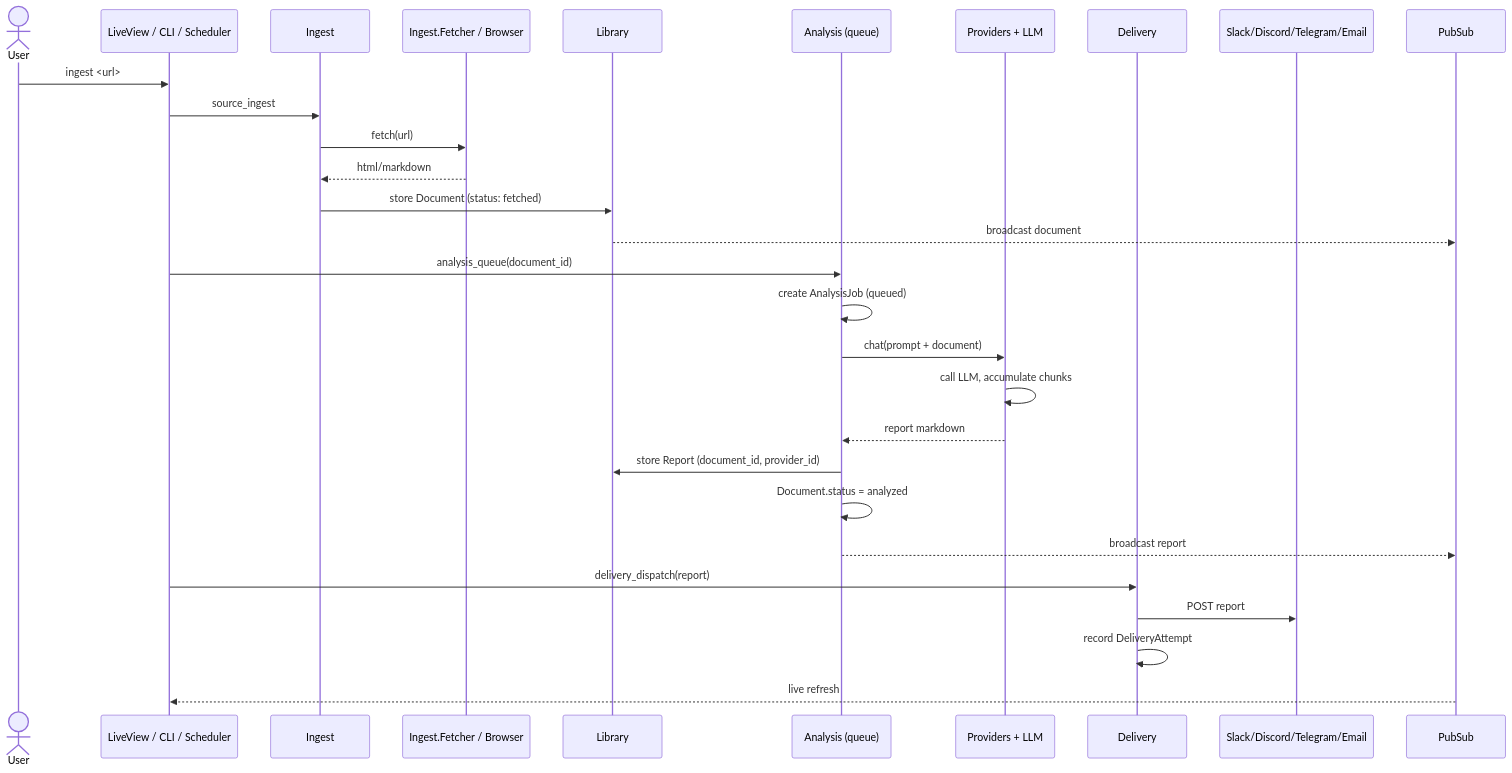
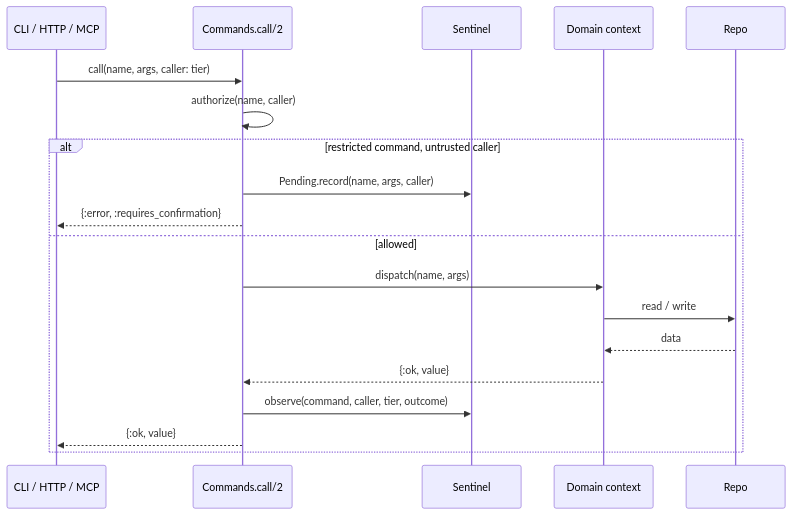
Before and after one commit to hightowerbuilds/buster-claw: the sixth of 8 diagrams in docs/UML.md, drawn with Mermaid. The commit also changed other lines of this file and 14 other files, not shown here.

````diff
--- a/docs/UML.md
+++ b/docs/UML.md
@@ -358,34 +317,22 @@
 ```mermaid
 sequenceDiagram
-    actor User
-    participant UI as LiveView / CLI / Scheduler
-    participant Ingest
-    participant Fetcher as Ingest.Fetcher / Browser
-    participant Library
-    participant Analysis as Analysis (queue)
-    participant Provider as Providers + LLM
-    participant Delivery
-    participant Dest as Slack/Discord/Telegram/Email
-    participant PubSub
+    participant Caller as CLI / HTTP / MCP
+    participant Commands as Commands.call/2
+    participant Sentinel
+    participant Context as Domain context
+    participant Repo
 
-    User->>UI: ingest <url>
-    UI->>Ingest: source_ingest
-    Ingest->>Fetcher: fetch(url)
-    Fetcher-->>Ingest: html/markdown
-    Ingest->>Library: store Document (status: fetched)
-    Library-->>PubSub: broadcast document
-
-    UI->>Analysis: analysis_queue(document_id)
-    Analysis->>Analysis: create AnalysisJob (queued)
-    Analysis->>Provider: chat(prompt + document)
-    Provider->>Provider: call LLM, accumulate chunks
-    Provider-->>Analysis: report markdown
-    Analysis->>Library: store Report (document_id, provider_id)
-    Analysis->>Analysis: Document.status = analyzed
-    Analysis-->>PubSub: broadcast report
-
-    UI->>Delivery: delivery_dispatch(report)
-    Delivery->>Dest: POST report
-    Delivery->>Delivery: record DeliveryAttempt
-    PubSub-->>UI: live refresh
+    Caller->>Commands: call(name, args, caller: tier)
+    Commands->>Commands: authorize(name, caller)
+    alt restricted command, untrusted caller
+        Commands->>Sentinel: Pending.record(name, args, caller)
+        Commands-->>Caller: {:error, :requires_confirmation}
+    else allowed
+        Commands->>Context: dispatch(name, args)
+        Context->>Repo: read / write
+        Repo-->>Context: data
+        Context-->>Commands: {:ok, value}
+        Commands->>Sentinel: observe(command, caller, tier, outcome)
+        Commands-->>Caller: {:ok, value}
+    end
 ```
````
